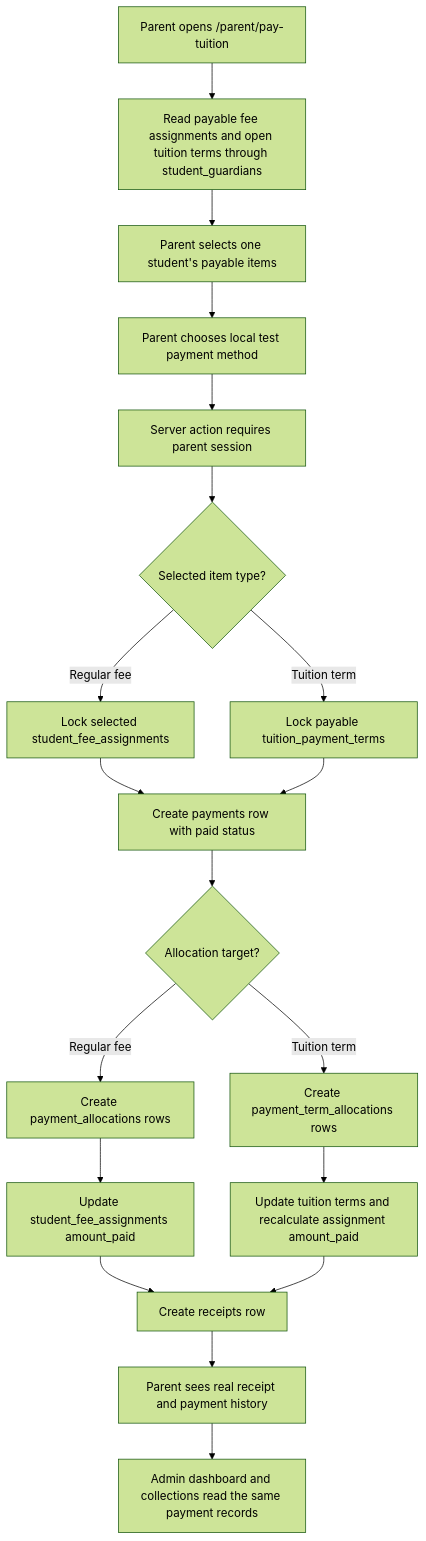
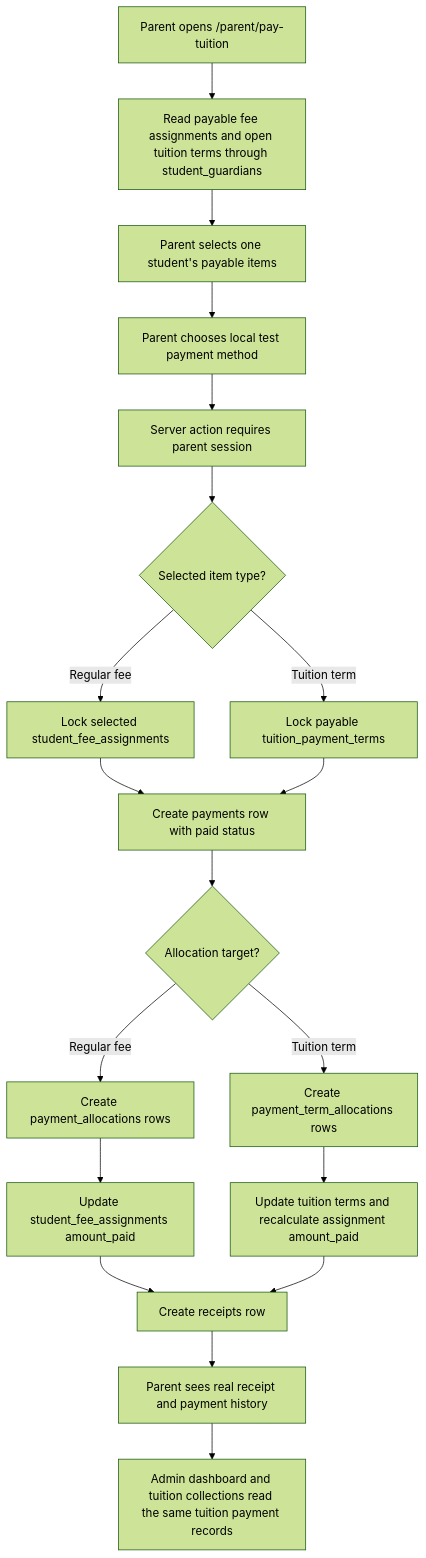
Before and after one commit to Xeyn19/xmetapay: diagram 17 of 21 in docs/PROJECT_FLOWCHARTS.md, drawn with Mermaid (forest theme). The commit also changed other lines of this file and 16 other files, not shown here.

````diff
--- a/docs/PROJECT_FLOWCHARTS.md
+++ b/docs/PROJECT_FLOWCHARTS.md
@@ -555,21 +556,21 @@
 ```mermaid
 flowchart TD
   A["Parent opens /parent/pay-tuition"] --> B["Read payable fee assignments and open tuition terms through student_guardians"]
   B --> C["Parent selects one student's payable items"]
   C --> D["Parent chooses local test payment method"]
   D --> E["Server action requires parent session"]
   E --> F{"Selected item type?"}
   F -->|Regular fee| G["Lock selected student_fee_assignments"]
   F -->|Tuition term| H["Lock payable tuition_payment_terms"]
   G --> I["Create payments row with paid status"]
   H --> I
   I --> J{"Allocation target?"}
   J -->|Regular fee| K["Create payment_allocations rows"]
   J -->|Tuition term| L["Create payment_term_allocations rows"]
   K --> M["Update student_fee_assignments amount_paid"]
   L --> N["Update tuition terms and recalculate assignment amount_paid"]
   M --> O["Create receipts row"]
   N --> O
   O --> P["Parent sees real receipt and payment history"]
-  P --> Q["Admin dashboard and collections read the same payment records"]
+  P --> Q["Admin dashboard and tuition collections read the same tuition payment records"]
 ```
````
